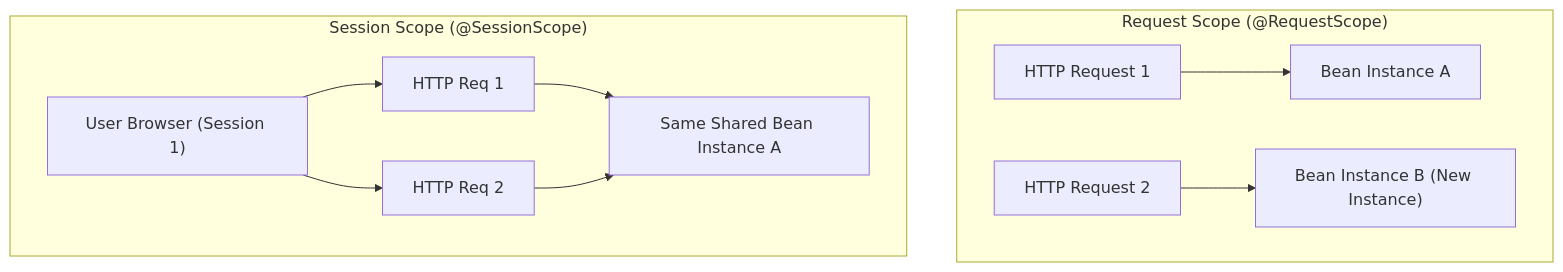
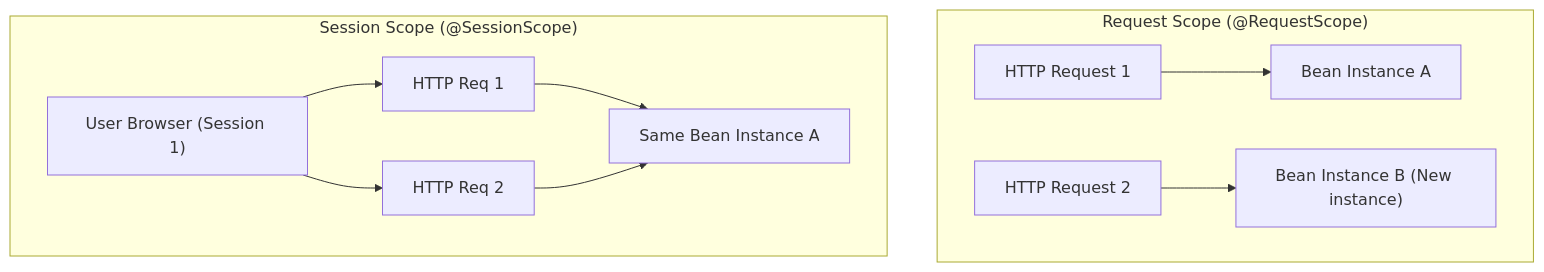
One commit to rohithgowda18/Notes changed the eighth of 23 diagrams in 06-Java-and-Spring-Boot/Spring Boot Interview Guide.md. Above: the diagram before and after it, drawn with Mermaid. The commit also changed other lines of this file, not shown here.

````diff
--- a/06-Java-and-Spring-Boot/Spring Boot Interview Guide.md
+++ b/06-Java-and-Spring-Boot/Spring Boot Interview Guide.md
@@ -454,11 +419,11 @@
 ```mermaid
 flowchart TD
     subgraph RequestScope ["Request Scope (@RequestScope)"]
         R1["HTTP Request 1"] --> B1["Bean Instance A"]
-        R2["HTTP Request 2"] --> B2["Bean Instance B (New Instance)"]
+        R2["HTTP Request 2"] --> B2["Bean Instance B (New instance)"]
     end
 
     subgraph SessionScope ["Session Scope (@SessionScope)"]
-        U1["User Browser (Session 1)"] --> S1["HTTP Req 1"] & S2["HTTP Req 2"] --> BS1["Same Shared Bean Instance A"]
+        U1["User Browser (Session 1)"] --> S1["HTTP Req 1"] & S2["HTTP Req 2"] --> BS1["Same Bean Instance A"]
     end
 ```
````
